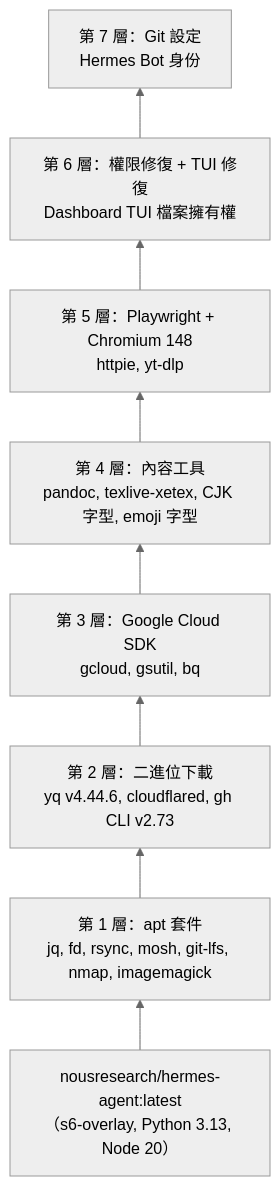
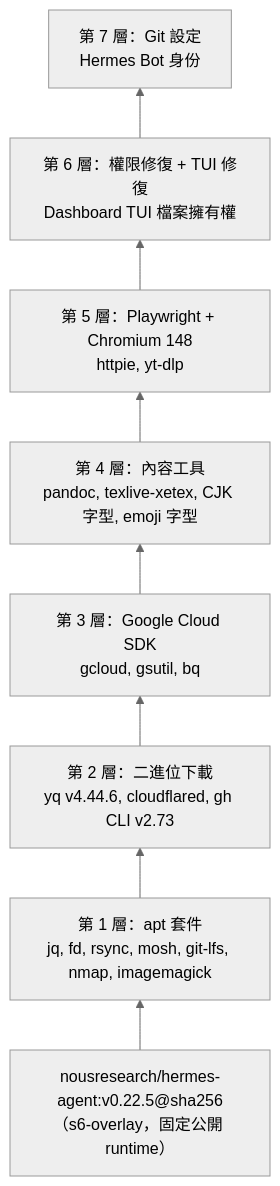
Before and after one commit to WOOWTECH/Woow_k3s_hermes: the fourth of 5 diagrams in README_zh-TW.md, drawn with Mermaid (neutral theme). The commit also changed other lines of this file and 22 other files, not shown here.

First line of the commit message:
Align standalone Hermes runtime and plugin sources to 0.22.5 (#6)

````diff
--- a/README_zh-TW.md
+++ b/README_zh-TW.md
@@ -182,13 +182,13 @@
 ```mermaid
 graph BT
-    BASE["nousresearch/hermes-agent:latest<br/>（s6-overlay, Python 3.13, Node 20）"]
+    BASE["nousresearch/hermes-agent:v0.22.5@sha256<br/>（s6-overlay，固定公開 runtime）"]
     L1["第 1 層：apt 套件<br/>jq, fd, rsync, mosh, git-lfs, nmap, imagemagick"]
     L2["第 2 層：二進位下載<br/>yq v4.44.6, cloudflared, gh CLI v2.73"]
     L3["第 3 層：Google Cloud SDK<br/>gcloud, gsutil, bq"]
     L4["第 4 層：內容工具<br/>pandoc, texlive-xetex, CJK 字型, emoji 字型"]
     L5["第 5 層：Playwright + Chromium 148<br/>httpie, yt-dlp"]
     L6["第 6 層：權限修復 + TUI 修復<br/>Dashboard TUI 檔案擁有權"]
     L7["第 7 層：Git 設定<br/>Hermes Bot 身份"]
 
     BASE --> L1 --> L2 --> L3 --> L4 --> L5 --> L6 --> L7
 ```
````
